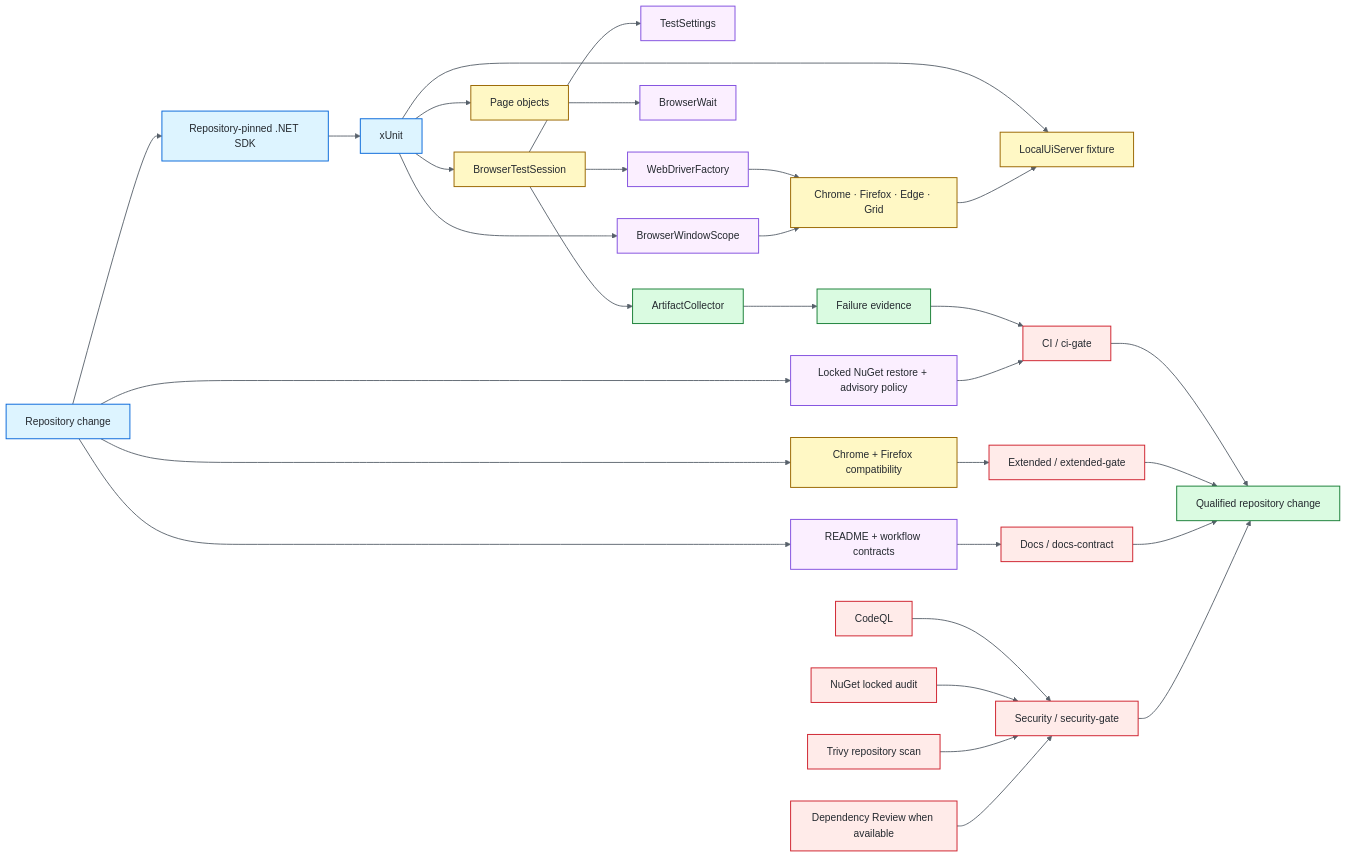
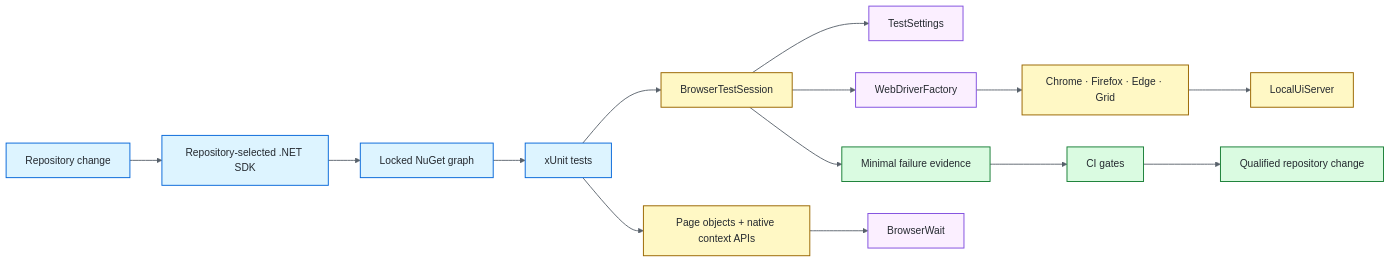
The diagram in README.md (portyu9/qa-automation-dotnet-selenium), drawn with Mermaid before and after one commit. The commit also changed other lines of this file, not shown here.

````diff
--- a/README.md
+++ b/README.md
@@ -42,49 +40,26 @@
 ```mermaid
 flowchart LR
-    CHANGE[Repository change] --> SDK[Repository-pinned .NET SDK]
-    SDK --> TEST[xUnit]
+    CHANGE[Repository change] --> SDK[Repository-selected .NET SDK]
+    SDK --> LOCK[Locked NuGet graph]
+    LOCK --> TEST[xUnit tests]
     TEST --> SESSION[BrowserTestSession]
     SESSION --> CFG[TestSettings]
     SESSION --> DRIVER[WebDriverFactory]
-    TEST --> PAGE[Page objects]
+    TEST --> PAGE[Page objects + native context APIs]
     PAGE --> WAIT[BrowserWait]
-    TEST --> FIX[LocalUiServer fixture]
-    TEST --> WINDOW[BrowserWindowScope]
     DRIVER --> BROWSER[Chrome · Firefox · Edge · Grid]
-    BROWSER --> FIX
-    WINDOW --> BROWSER
-    SESSION --> ART[ArtifactCollector]
-    ART --> EV[Failure evidence]
-    EV --> CIG[CI / ci-gate]
+    BROWSER --> FIX[LocalUiServer]
+    SESSION --> ART[Minimal failure evidence]
+    ART --> GATES[CI gates]
+    GATES --> RESULT[Qualified repository change]
 
-    CHANGE --> LOCK[Locked NuGet restore + advisory policy]
-    LOCK --> CIG
-
-    CHANGE --> EXT[Chrome + Firefox compatibility]
-    EXT --> EG[Extended / extended-gate]
-
-    CHANGE --> DOCS[README + workflow contracts]
-    DOCS --> DG[Docs / docs-contract]
-
-    SAST[CodeQL] --> SG[Security / security-gate]
-    AUDIT[NuGet locked audit] --> SG
-    TRIVY[Trivy repository scan] --> SG
-    REVIEW[Dependency Review when available] --> SG
-
-    CIG --> RESULT[Qualified repository change]
-    EG --> RESULT
-    DG --> RESULT
-    SG --> RESULT
-
-    classDef entry fill:#ddf4ff,stroke:#0969da,color:#24292f,stroke-width:1.5px;
-    classDef policy fill:#fbefff,stroke:#8250df,color:#24292f,stroke-width:1.5px;
-    classDef runtime fill:#fff8c5,stroke:#9a6700,color:#24292f,stroke-width:1.5px;
-    classDef evidence fill:#dafbe1,stroke:#1a7f37,color:#24292f,stroke-width:1.5px;
-    classDef gate fill:#ffebe9,stroke:#cf222e,color:#24292f,stroke-width:1.5px;
-    class CHANGE,SDK,TEST entry;
-    class CFG,DRIVER,WAIT,WINDOW,LOCK,DOCS policy;
-    class SESSION,PAGE,FIX,BROWSER,EXT runtime;
-    class ART,EV,RESULT evidence;
-    class CIG,EG,DG,SAST,AUDIT,TRIVY,REVIEW,SG gate;
-    linkStyle default stroke:#57606a,stroke-width:1.4px;
+    classDef entry fill:#DDF4FF,stroke:#0969DA,color:#24292F,stroke-width:1.5px;
+    classDef policy fill:#FBEFFF,stroke:#8250DF,color:#24292F,stroke-width:1.5px;
+    classDef runtime fill:#FFF8C5,stroke:#9A6700,color:#24292F,stroke-width:1.5px;
+    classDef evidence fill:#DAFBE1,stroke:#1A7F37,color:#24292F,stroke-width:1.5px;
+    class CHANGE,SDK,LOCK,TEST entry;
+    class CFG,DRIVER,WAIT policy;
+    class SESSION,PAGE,BROWSER,FIX runtime;
+    class ART,GATES,RESULT evidence;
+    linkStyle default stroke:#57606A,stroke-width:1.4px;
 ```
````
